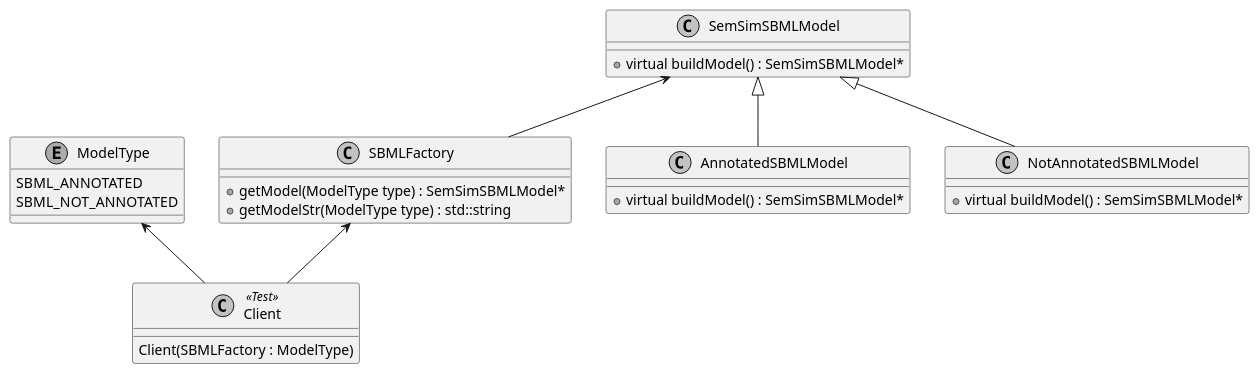
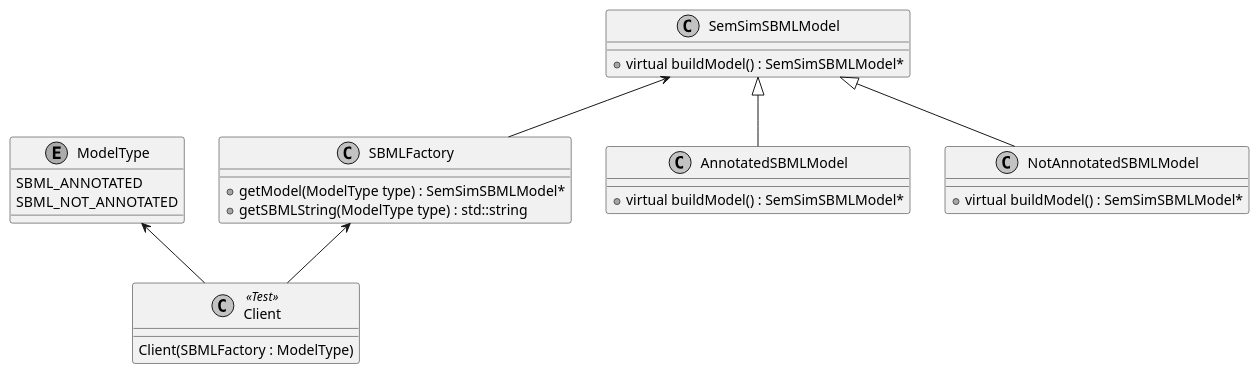
The diagram in Design/test_model_factory_design.puml (sys-bio/libOmexMeta), drawn with PlantUML before and after one commit. The commit also changed 21 other files, not shown here.

```diff
--- a/Design/test_model_factory_design.puml
+++ b/Design/test_model_factory_design.puml
@@ -1,48 +1,48 @@
 @startuml
 skinparam monochrome true
 
 enum ModelType {
     SBML_ANNOTATED
     SBML_NOT_ANNOTATED
 }
 
 class SBMLFactory {
     + getModel(ModelType type) : SemSimSBMLModel*
-    + getModelStr(ModelType type) : std::string
+    + getSBMLString(ModelType type) : std::string
 }
 
 class SemSimSBMLModel{
     + virtual buildModel() : SemSimSBMLModel*
 }
 
 class AnnotatedSBMLModel {
     + virtual buildModel() : SemSimSBMLModel*
 }
 
 class NotAnnotatedSBMLModel {
     + virtual buildModel() : SemSimSBMLModel*
 }
 
 SemSimSBMLModel <|-- NotAnnotatedSBMLModel
 SemSimSBMLModel <|-- AnnotatedSBMLModel
 
 
 class Client <<Test>>{
     Client(SBMLFactory : ModelType)
 }
 
 SBMLFactory <-- Client
 ModelType <-- Client
 SemSimSBMLModel <-- SBMLFactory
 
 
 
 
 
 
 
 
 
 
 
 @enduml
```
